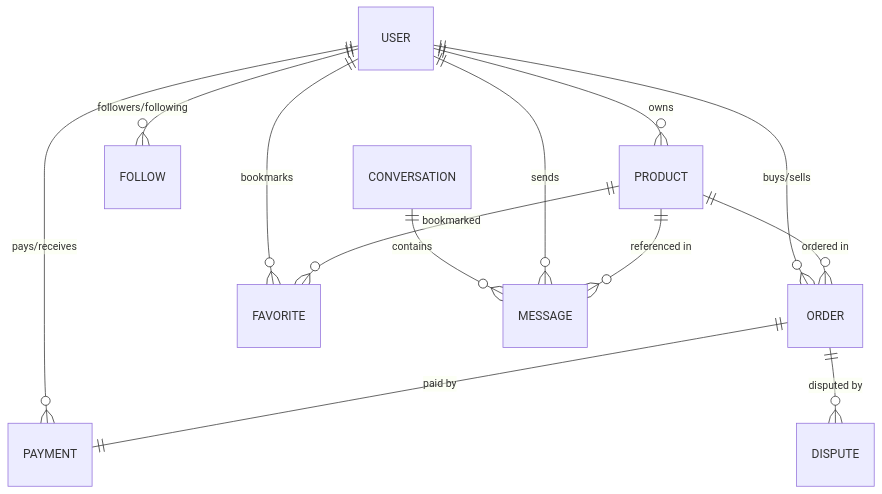
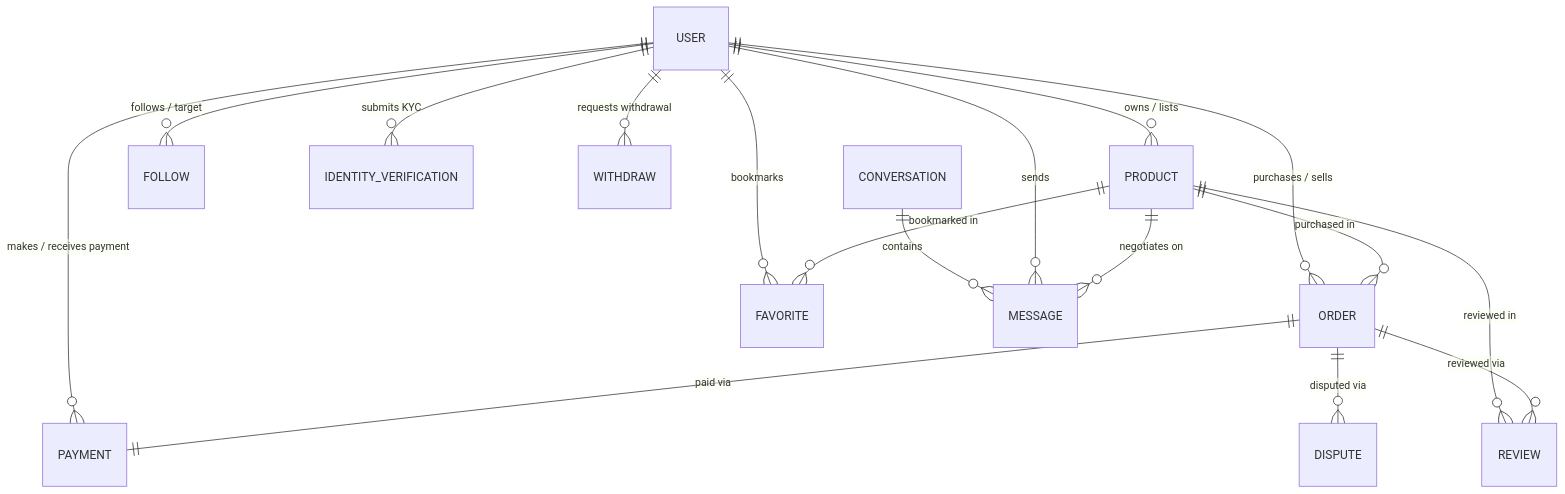
The diagram in README.md (apponislam/djarna_app_backend), drawn with Mermaid before and after one commit. The commit also changed other lines of this file, not shown here.

````diff
--- a/README.md
+++ b/README.md
@@ -101,15 +105,19 @@
 ```mermaid
 erDiagram
-    USER ||--o{ PRODUCT : "owns"
-    USER ||--o{ ORDER : "buys/sells"
-    USER ||--o{ PAYMENT : "pays/receives"
+    USER ||--o{ PRODUCT : "owns / lists"
+    USER ||--o{ ORDER : "purchases / sells"
+    USER ||--o{ PAYMENT : "makes / receives payment"
     USER ||--o{ FAVORITE : "bookmarks"
-    USER ||--o{ FOLLOW : "followers/following"
-    PRODUCT ||--o{ ORDER : "ordered in"
-    PRODUCT ||--o{ FAVORITE : "bookmarked"
-    ORDER ||--|| PAYMENT : "paid by"
-    ORDER ||--o{ DISPUTE : "disputed by"
+    USER ||--o{ FOLLOW : "follows / target"
+    USER ||--o{ IDENTITY_VERIFICATION : "submits KYC"
+    USER ||--o{ WITHDRAW : "requests withdrawal"
+    PRODUCT ||--o{ ORDER : "purchased in"
+    PRODUCT ||--o{ FAVORITE : "bookmarked in"
+    PRODUCT ||--o{ REVIEW : "reviewed in"
+    ORDER ||--|| PAYMENT : "paid via"
+    ORDER ||--o{ DISPUTE : "disputed via"
+    ORDER ||--o{ REVIEW : "reviewed via"
     CONVERSATION ||--o{ MESSAGE : "contains"
     USER ||--o{ MESSAGE : "sends"
-    PRODUCT ||--o{ MESSAGE : "referenced in"
+    PRODUCT ||--o{ MESSAGE : "negotiates on"
 ```
````
